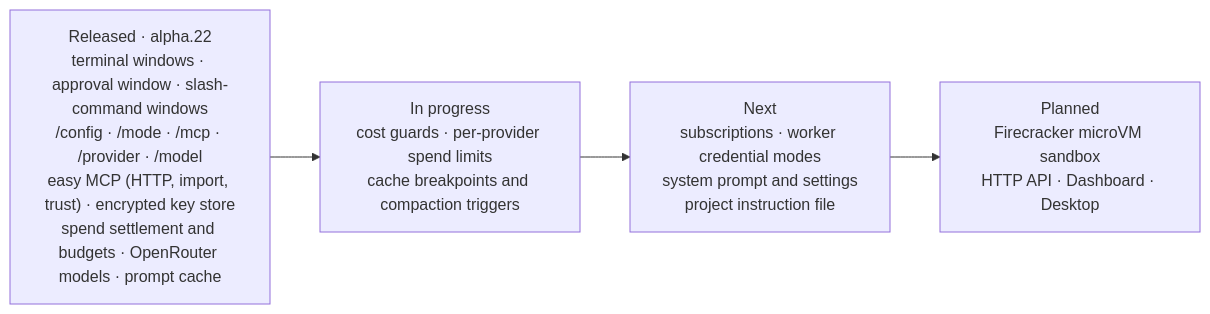
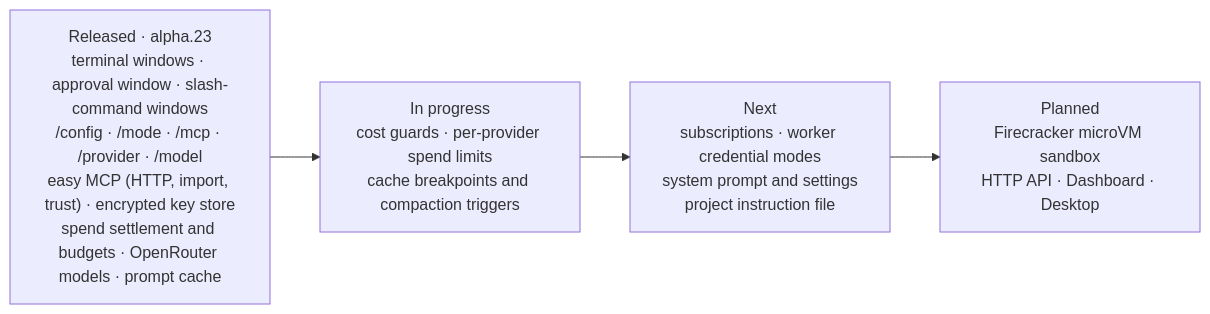
The fifth of 5 diagrams in README.md (Verhex/deckent-next), drawn with Mermaid before and after one commit. The commit also changed 2 other files, not shown here.

Commit message:
docs: alpha.23 landing follow-up (proof paths for open items, next package row, README release node alpha.23)
Claude-Session: https://claude.ai/code/session_01HsFsXGATtYy8qad95Y7v5q

````diff
--- a/README.md
+++ b/README.md
@@ -336,6 +336,6 @@
 ```mermaid
 flowchart LR
-  L["Released · alpha.22<br/>terminal windows · approval window · slash-command windows<br/>/config · /mode · /mcp · /provider · /model<br/>easy MCP (HTTP, import, trust) · encrypted key store<br/>spend settlement and budgets · OpenRouter models · prompt cache"] --> P["In progress<br/>cost guards · per-provider spend limits<br/>cache breakpoints and compaction triggers"]
+  L["Released · alpha.23<br/>terminal windows · approval window · slash-command windows<br/>/config · /mode · /mcp · /provider · /model<br/>easy MCP (HTTP, import, trust) · encrypted key store<br/>spend settlement and budgets · OpenRouter models · prompt cache"] --> P["In progress<br/>cost guards · per-provider spend limits<br/>cache breakpoints and compaction triggers"]
   P --> N["Next<br/>subscriptions · worker credential modes<br/>system prompt and settings<br/>project instruction file"]
   N --> F["Planned<br/>Firecracker microVM sandbox<br/>HTTP API · Dashboard · Desktop"]
 ```
````
